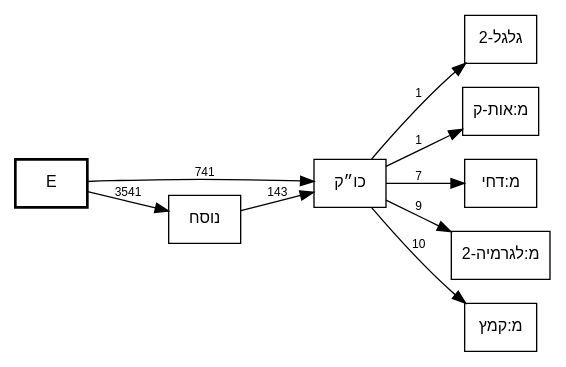
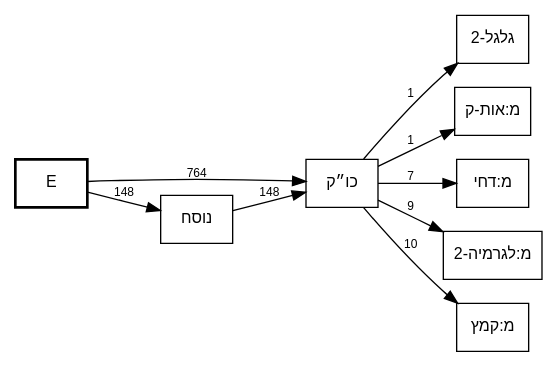
One commit to bdenckla/MAM-basics changed the diagram in out/MAM-tmpl-survey/plain-kuk-call-graph.dot. Above: the diagram before and after it, drawn with Graphviz. The commit also changed 11 other files, not shown here.

First line of the commit message:
Scope focused call-graph edge counts to target-involving stacks

```diff
--- a/out/MAM-tmpl-survey/plain-kuk-call-graph.dot
+++ b/out/MAM-tmpl-survey/plain-kuk-call-graph.dot
@@ -1,25 +1,25 @@
 // This file was generated by MAM-basics/py/main_tmpl_survey.py.
 // Do not edit by hand.
 digraph template_call_graph {
     rankdir=LR;
     node [fontname="SBL Hebrew,Helvetica", fontsize=12];
     edge [fontname="Helvetica", fontsize=9];
     graph [comment="This file was generated by MAM-basics/py/main_tmpl_survey.py."];
 
     // Column nodes
     node [shape=box, style=bold];
     "E";
 
     // Template nodes
     node [shape=box, style=""];
 
     // Edges
-    "E" -> "כו״ק" [label="741"];
-    "E" -> "נוסח" [label="3541"];
+    "E" -> "כו״ק" [label="764"];
+    "E" -> "נוסח" [label="148"];
     "כו״ק" -> "גלגל-2" [label="1"];
     "כו״ק" -> "מ:אות-ק" [label="1"];
     "כו״ק" -> "מ:דחי" [label="7"];
     "כו״ק" -> "מ:לגרמיה-2" [label="9"];
     "כו״ק" -> "מ:קמץ" [label="10"];
-    "נוסח" -> "כו״ק" [label="143"];
+    "נוסח" -> "כו״ק" [label="148"];
 }
```
